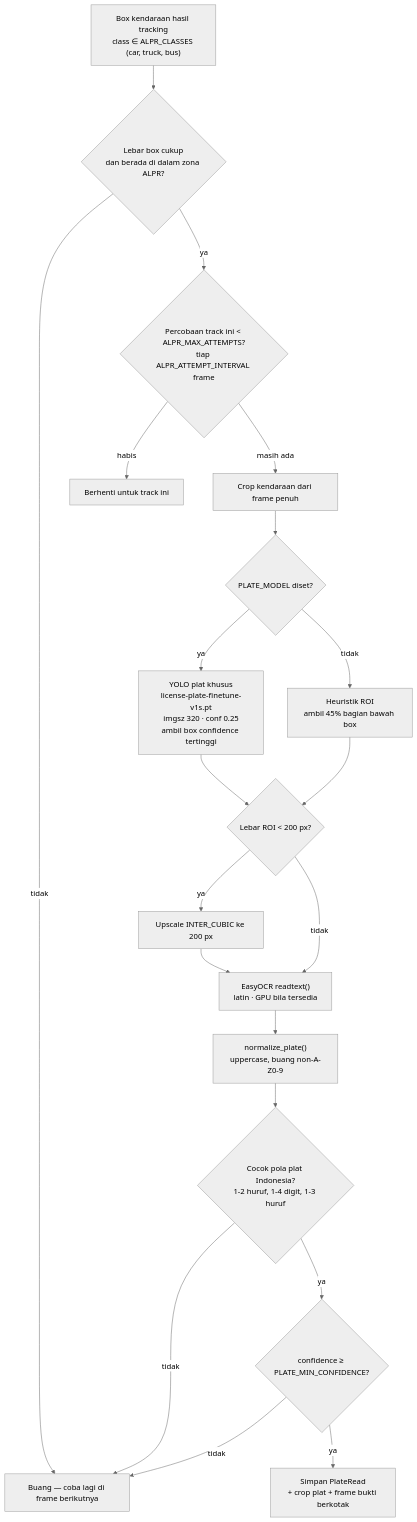
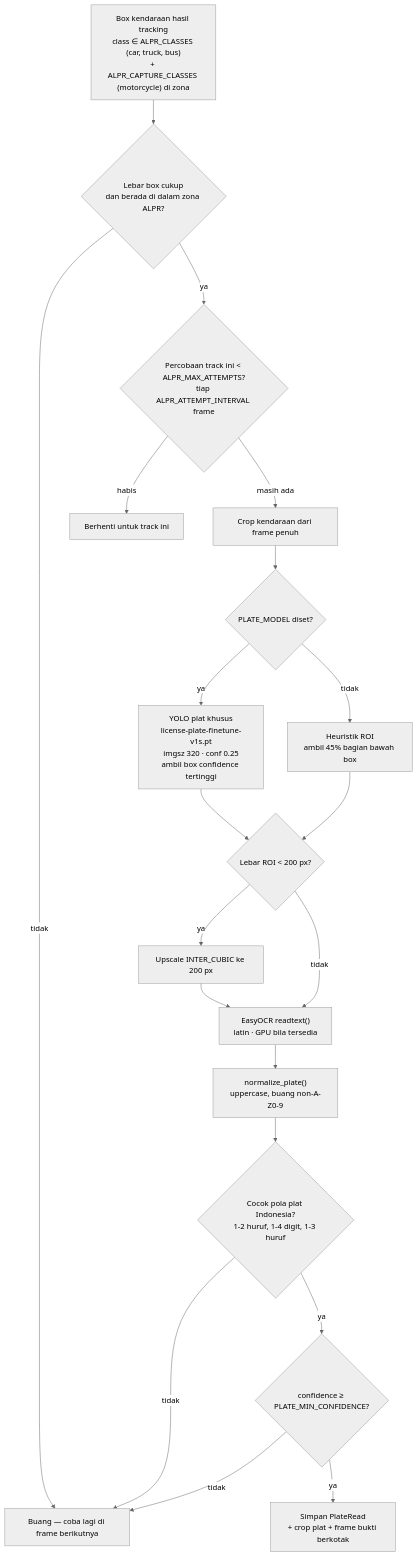
One commit to andiyulistyo/cctv-forall changed the third of 9 diagrams in docs/ARCHITECTURE.md. Above: the diagram before and after it, drawn with Mermaid (neutral theme). The commit also changed 7 other files, not shown here.

````diff
--- a/docs/ARCHITECTURE.md
+++ b/docs/ARCHITECTURE.md
@@ -162,34 +162,34 @@
 ```mermaid
 flowchart TB
-    IN["Box kendaraan hasil tracking<br/>class ∈ ALPR_CLASSES (car, truck, bus)"]
+    IN["Box kendaraan hasil tracking<br/>class ∈ ALPR_CLASSES (car, truck, bus)<br/>+ ALPR_CAPTURE_CLASSES (motorcycle) di zona"]
     W{"Lebar box cukup<br/>dan berada di dalam zona ALPR?"}
     ATT{"Percobaan track ini < ALPR_MAX_ATTEMPTS?<br/>tiap ALPR_ATTEMPT_INTERVAL frame"}
     CROP["Crop kendaraan dari frame penuh"]
     PM{"PLATE_MODEL diset?"}
     YOLO["YOLO plat khusus<br/>license-plate-finetune-v1s.pt<br/>imgsz 320 · conf 0.25<br/>ambil box confidence tertinggi"]
     HEUR["Heuristik ROI<br/>ambil 45% bagian bawah box"]
     UP{"Lebar ROI < 200 px?"}
     RESIZE["Upscale INTER_CUBIC ke 200 px"]
     OCR["EasyOCR readtext()<br/>latin · GPU bila tersedia"]
     NORM["normalize_plate()<br/>uppercase, buang non-A-Z0-9"]
     RE{"Cocok pola plat Indonesia?<br/>1-2 huruf, 1-4 digit, 1-3 huruf"}
     CONF{"confidence ≥ PLATE_MIN_CONFIDENCE?"}
     SAVE["Simpan PlateRead<br/>+ crop plat + frame bukti berkotak"]
     RETRY["Buang — coba lagi di frame berikutnya"]
     DROP["Berhenti untuk track ini"]
 
     IN --> W
     W -->|"tidak"| RETRY
     W -->|"ya"| ATT
     ATT -->|"habis"| DROP
     ATT -->|"masih ada"| CROP --> PM
     PM -->|"ya"| YOLO --> UP
     PM -->|"tidak"| HEUR --> UP
     UP -->|"ya"| RESIZE --> OCR
     UP -->|"tidak"| OCR
     OCR --> NORM --> RE
     RE -->|"tidak"| RETRY
     RE -->|"ya"| CONF
     CONF -->|"tidak"| RETRY
     CONF -->|"ya"| SAVE
 ```
````
